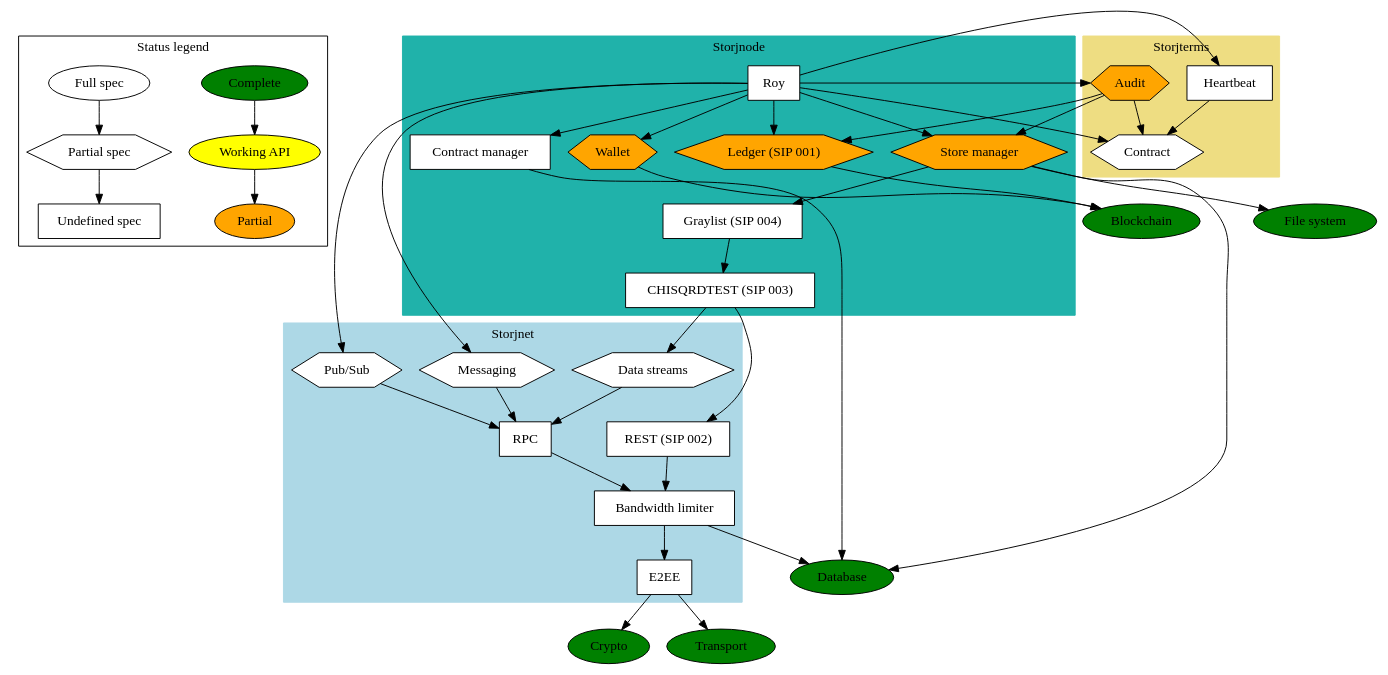
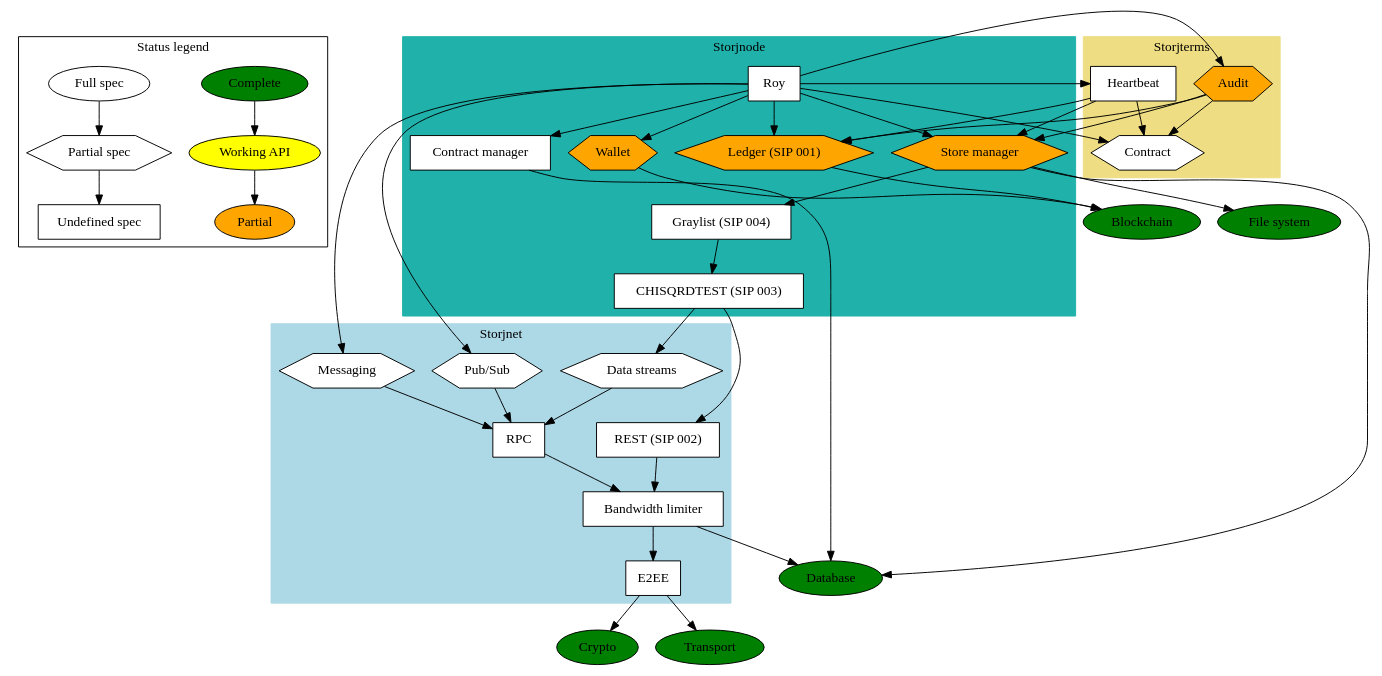
The diagram in status.dot (StorjOld/storjspec), drawn with Graphviz before and after one commit. The commit also changed 1 other file, not shown here.

```diff
--- a/status.dot
+++ b/status.dot
@@ -1,103 +1,105 @@
 // syntax guide: http://www.graphviz.org/pdf/dotguide.pdf
 // compile png: `dot -Tpng dependencies.dot -o dependencies.png`
 // compile pdf: `dot -Tpdf dependencies.dot -o dependencies.pdf`
 
 
 digraph G {
     node [shape="box", style="filled", color="black", fillcolor="white"];
 
     // LEGEND
     subgraph cluster_0 {
         label = "Status legend";
 
         "Complete" [fillcolor=green, shape=ellipse];
         "Working API" [fillcolor=yellow, shape=ellipse];
         "Partial" [fillcolor=orange, shape=ellipse];
 
         "Full spec" [shape=ellipse];
         "Partial spec" [shape=hexagon];
         "Undefined spec" [shape=box];
     };
     "Complete" -> "Working API" -> "Partial";
     "Full spec" -> "Partial spec" -> "Undefined spec";
 
 
     // STORJNET
     subgraph cluster_1 {
         label = "Storjnet";
         style=filled;
         color=lightblue;
 
         "Pub/Sub" [shape=hexagon]; // enable publishing and subscribing to events
         "Data streams" [shape=hexagon]; // full duplex data transfer
         "Messaging" [shape=hexagon]; // to shortcut the pubsub after peer found
         "RPC"; // rpc calls and data transfer between clients
         "E2EE"; // End-to-end encryption
         "Bandwidth limiter";
         "REST (SIP 002)"; // put/get shards
     };
     "Pub/Sub" -> "RPC";
     "Messaging" -> "RPC";
     "Data streams" -> "RPC";
     "RPC" -> "Bandwidth limiter";
     "REST (SIP 002)" -> "Bandwidth limiter";
     "Bandwidth limiter" -> "E2EE";
     "E2EE" -> "Crypto";
     "E2EE" -> "Transport";
     "Bandwidth limiter" -> "Database";
 
     // STORJTERMS
     subgraph cluster_2 {
         label = "Storjterms";
         style=filled;
         color=lightgoldenrod;
 
         "Contract" [shape=hexagon]; // terms of a storage contract between peers
         "Audit" [fillcolor=orange, shape=hexagon]; // track state of a contract over time
         "Heartbeat";
     };
     "Audit" -> "Contract"; // when/how to perform the audit
     "Audit" -> "Store manager"; // perform audit challange
     "Audit" -> "Ledger (SIP 001)"; // save result in ledger
     "Heartbeat" -> "Contract";
+    "Heartbeat" -> "Store manager"; // perform heartbeat challange
+    "Heartbeat" -> "Ledger (SIP 001)"; // save result in ledger
 
     // STORJNODE
     subgraph cluster_3 {
         label = "Storjnode";
         style=filled;
         color=lightseagreen;
 
         "Roy"; // for sending/receiving of funds for services used 
         "Store manager" [fillcolor=orange, shape=hexagon];
         "Wallet" [fillcolor=orange, shape=hexagon];
         "Contract manager"; // Store contracts
         "CHISQRDTEST (SIP 003)";
         "Graylist (SIP 004)";
         "Ledger (SIP 001)" [fillcolor=orange, shape=hexagon];
     };
     "Roy" -> "Contract manager";
     "Contract manager" -> "Database";
     "Store manager" -> "File system";
     "Store manager" -> "Graylist (SIP 004)";
     "Store manager" -> "Database";
     "Graylist (SIP 004)" -> "CHISQRDTEST (SIP 003)";
     "CHISQRDTEST (SIP 003)" -> "Data streams";
     "CHISQRDTEST (SIP 003)" -> "REST (SIP 002)";
     "Wallet" -> "Blockchain";
     "Roy" -> "Messaging";
     "Roy" -> "Audit"; // perform audits
     "Roy" -> "Contract"; // verify agreed to use/provide a service
     "Roy" -> "Heartbeat";
     "Roy" -> "Ledger (SIP 001)"; // verify service was used/provided
     "Roy" -> "Wallet"; // transfer funds
     "Roy" -> "Pub/Sub"; // ask/bid on contracts
     "Roy" -> "Store manager";
     "Ledger (SIP 001)" -> "Blockchain";
 
     // EXTERNAL
     "File system" [fillcolor=green, shape=ellipse];
     "Crypto" [fillcolor=green, shape=ellipse];
     "Database" [fillcolor=green, shape=ellipse];
     "Blockchain" [fillcolor=green, shape=ellipse];
     "Transport" [fillcolor=green, shape=ellipse];
 }
```
